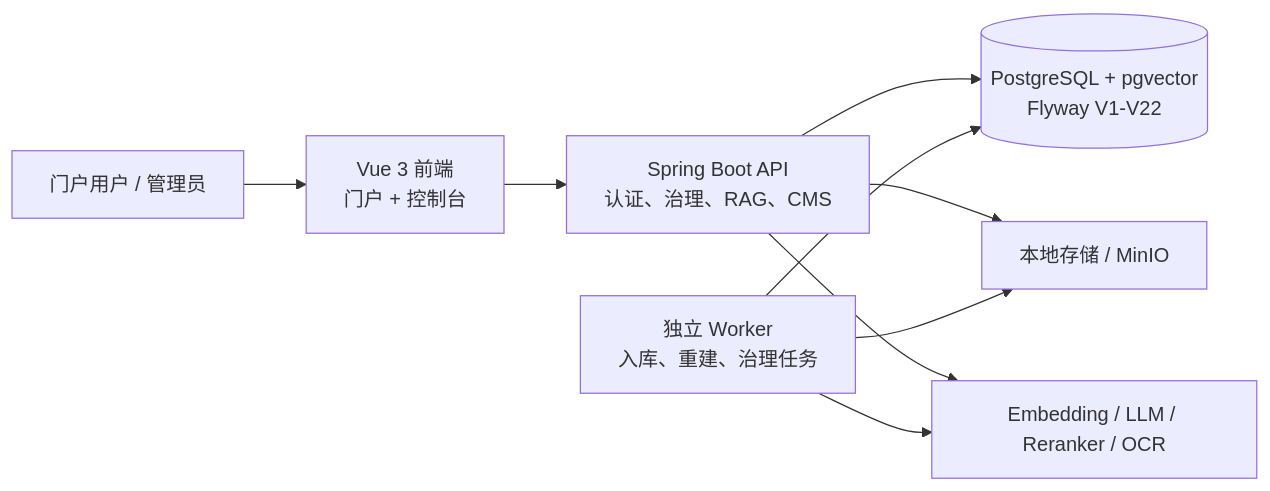
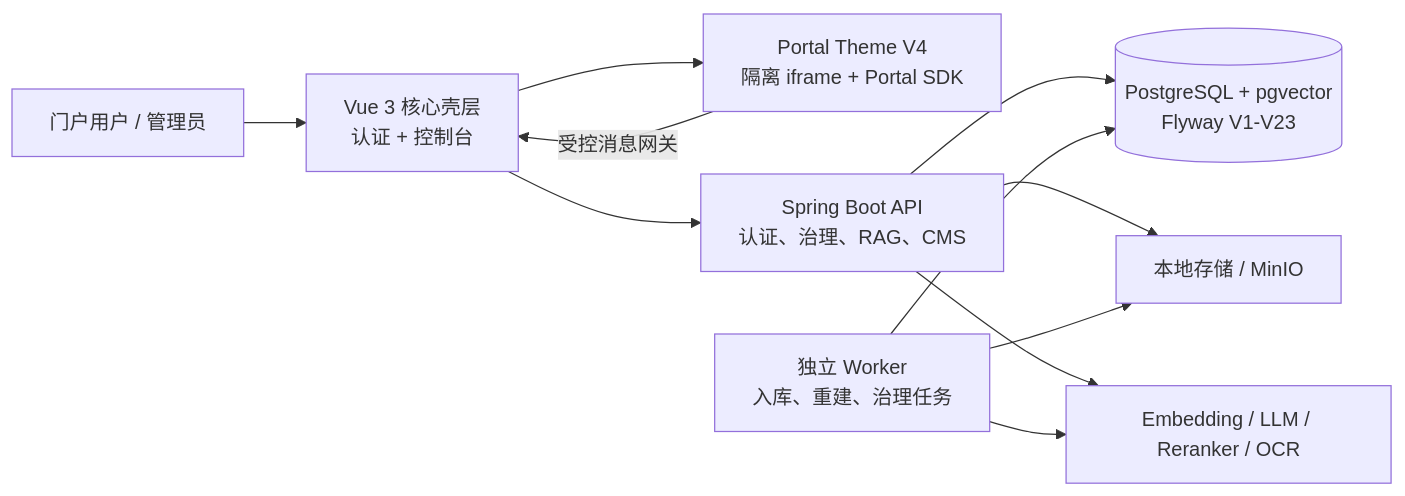
The diagram in README.md (alexfengfeng26/KMA-Mini), drawn with Mermaid before and after one commit. The commit also changed other lines of this file and 33 other files, not shown here.

First line of the commit message:
feat: Introduce Portal Theme V4 with full-site themes and enhanced validation

````diff
--- a/README.md
+++ b/README.md
@@ -21,11 +21,13 @@
 ```mermaid
 flowchart LR
-  U[门户用户 / 管理员] --> FE[Vue 3 前端\n门户 + 控制台]
+  U[门户用户 / 管理员] --> FE[Vue 3 核心壳层\n认证 + 控制台]
+  FE --> TK[Portal Theme V4\n隔离 iframe + Portal SDK]
   FE --> API[Spring Boot API\n认证、治理、RAG、CMS]
-  API --> DB[(PostgreSQL + pgvector\nFlyway V1-V22)]
+  TK -->|受控消息网关| FE
+  API --> DB[(PostgreSQL + pgvector\nFlyway V1-V23)]
   API --> ST[本地存储 / MinIO]
   API --> MOD[Embedding / LLM / Reranker / OCR]
   WK[独立 Worker\n入库、重建、治理任务] --> DB
   WK --> ST
   WK --> MOD
 ```
````
